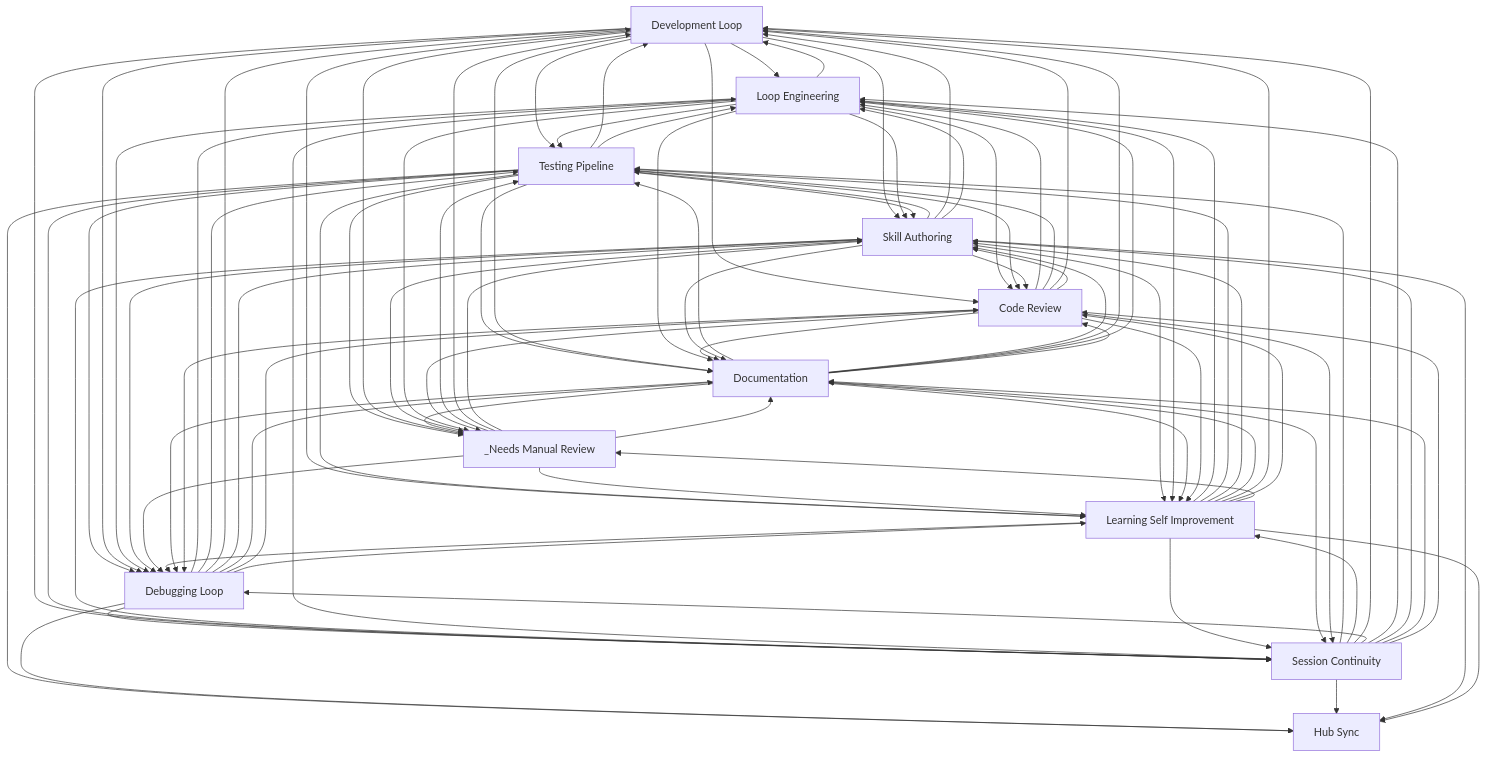
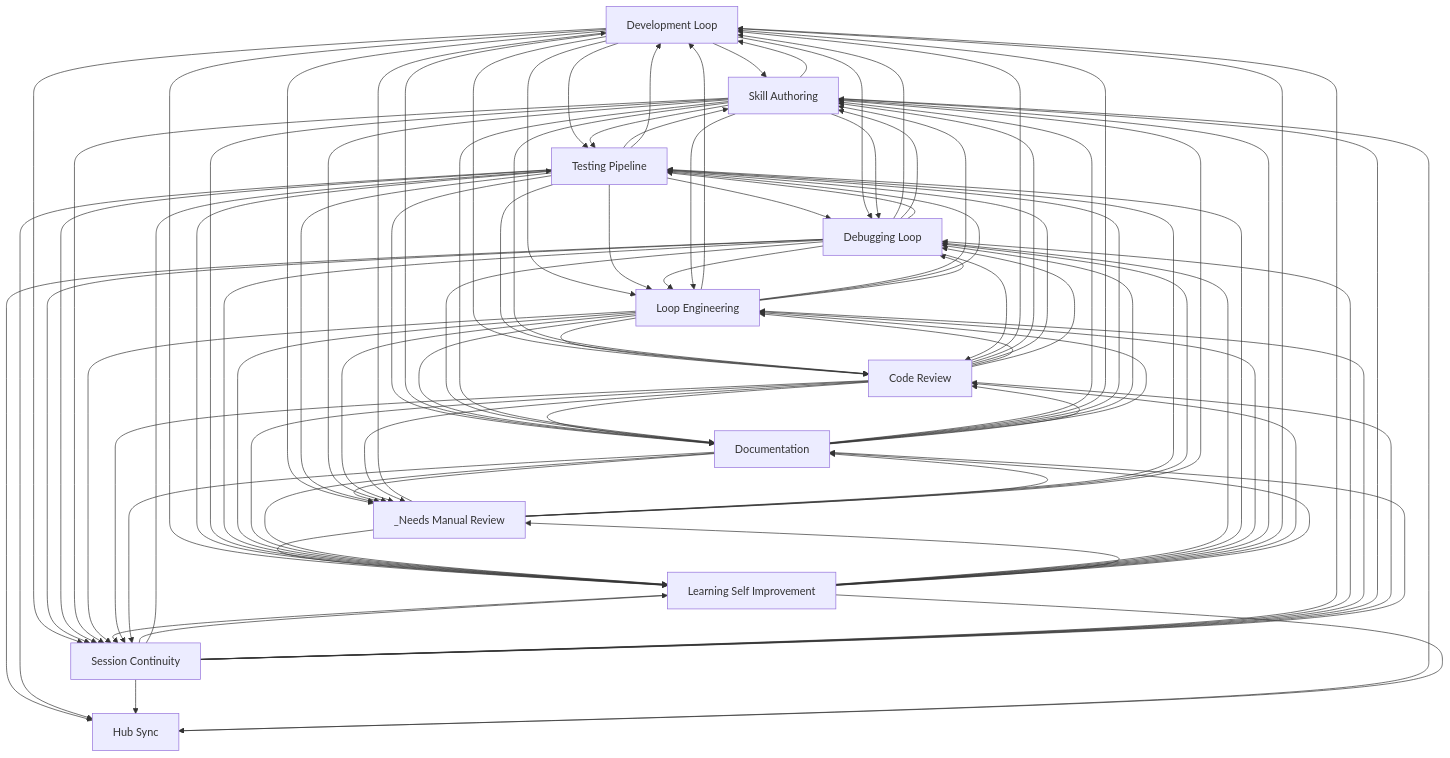
One commit to abhayla/claude-best-practices changed the diagram in docs/workflows/INDEX.md. Above: the diagram before and after it, drawn with Mermaid. The commit also changed other lines of this file and 13 other files, not shown here.

````diff
--- a/docs/workflows/INDEX.md
+++ b/docs/workflows/INDEX.md
@@ -33,56 +33,56 @@
     documentation[Documentation]
     hub_sync[Hub Sync]
     _needs_manual_review[_Needs Manual Review]
-    code_review --> loop_engineering
-    code_review --> testing_pipeline
     code_review --> development_loop
     code_review --> skill_authoring
-    development_loop --> loop_engineering
-    development_loop --> testing_pipeline
+    code_review --> testing_pipeline
+    code_review --> loop_engineering
     development_loop --> skill_authoring
     development_loop --> code_review
-    loop_engineering --> testing_pipeline
+    development_loop --> testing_pipeline
+    development_loop --> loop_engineering
     loop_engineering --> development_loop
     loop_engineering --> skill_authoring
     loop_engineering --> code_review
+    loop_engineering --> testing_pipeline
+    skill_authoring --> testing_pipeline
     testing_pipeline --> skill_authoring
-    skill_authoring --> testing_pipeline
+    _needs_manual_review --> development_loop
+    _needs_manual_review --> testing_pipeline
     testing_pipeline --> development_loop
-    _needs_manual_review --> testing_pipeline
-    _needs_manual_review --> development_loop
     testing_pipeline --> debugging_loop
     testing_pipeline --> loop_engineering
+    testing_pipeline --> code_review
     testing_pipeline --> documentation
-    testing_pipeline --> code_review
-    debugging_loop --> loop_engineering
-    debugging_loop --> testing_pipeline
     debugging_loop --> development_loop
     debugging_loop --> skill_authoring
+    debugging_loop --> testing_pipeline
+    debugging_loop --> loop_engineering
     development_loop --> debugging_loop
     development_loop --> documentation
     loop_engineering --> documentation
     skill_authoring --> code_review
     skill_authoring --> development_loop
     skill_authoring --> loop_engineering
-    documentation --> testing_pipeline
     documentation --> skill_authoring
     documentation --> development_loop
+    documentation --> testing_pipeline
+    development_loop --> _needs_manual_review
     testing_pipeline --> _needs_manual_review
-    development_loop --> _needs_manual_review
     code_review --> documentation
+    session_continuity --> learning_self_improvement
     session_continuity --> testing_pipeline
-    session_continuity --> learning_self_improvement
     development_loop --> learning_self_improvement
     development_loop --> session_continuity
+    _needs_manual_review --> learning_self_improvement
     testing_pipeline --> learning_self_improvement
-    _needs_manual_review --> learning_self_improvement
     loop_engineering --> debugging_loop
+    debugging_loop --> session_continuity
+    debugging_loop --> hub_sync
     testing_pipeline --> session_continuity
     testing_pipeline --> hub_sync
-    debugging_loop --> session_continuity
-    debugging_loop --> hub_sync
+    debugging_loop --> code_review
     debugging_loop --> documentation
-    debugging_loop --> code_review
     skill_authoring --> session_continuity
     session_continuity --> development_loop
     skill_authoring --> learning_self_improvement
@@ -97,30 +97,30 @@
     _needs_manual_review --> documentation
     documentation --> _needs_manual_review
     learning_self_improvement --> debugging_loop
+    learning_self_improvement --> session_continuity
+    learning_self_improvement --> testing_pipeline
     learning_self_improvement --> loop_engineering
-    learning_self_improvement --> testing_pipeline
-    learning_self_improvement --> session_continuity
     learning_self_improvement --> skill_authoring
-    learning_self_improvement --> documentation
     learning_self_improvement --> development_loop
     learning_self_improvement --> code_review
+    learning_self_improvement --> documentation
     skill_authoring --> _needs_manual_review
     session_continuity --> skill_authoring
     session_continuity --> hub_sync
+    session_continuity --> code_review
     session_continuity --> documentation
-    session_continuity --> code_review
     learning_self_improvement --> _needs_manual_review
     skill_authoring --> hub_sync
     learning_self_improvement --> hub_sync
     loop_engineering --> learning_self_improvement
     loop_engineering --> _needs_manual_review
+    code_review --> debugging_loop
     documentation --> debugging_loop
     documentation --> loop_engineering
-    code_review --> debugging_loop
     documentation --> code_review
+    code_review --> learning_self_improvement
+    code_review --> session_continuity
     documentation --> learning_self_improvement
     documentation --> session_continuity
-    code_review --> learning_self_improvement
-    code_review --> session_continuity
     code_review --> _needs_manual_review
 ```
````
